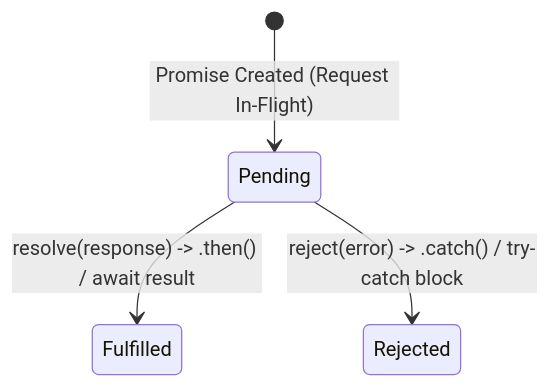
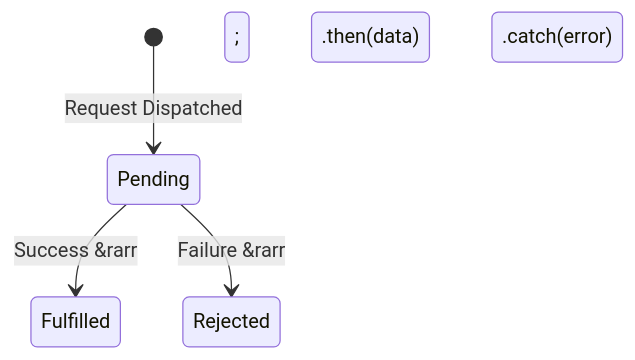
The third of 6 diagrams in full_stack_development_class_notes/Week 9_ Asynchronous JavaScript & Modern ES6+.md (ajibolagenius/LagosDataSchool), drawn with Mermaid before and after one commit. The commit also changed other lines of this file and 20 other files, not shown here.

````diff
--- a/full_stack_development_class_notes/Week 9_ Asynchronous JavaScript & Modern ES6+.md
+++ b/full_stack_development_class_notes/Week 9_ Asynchronous JavaScript & Modern ES6+.md
@@ -80,6 +111,6 @@
 ```mermaid
 stateDiagram-v2
-    [*] --> Pending: Promise Created (Request In-Flight)
-    Pending --> Fulfilled: resolve(response) -> .then() / await result
-    Pending --> Rejected: reject(error) -> .catch() / try-catch block
+    [*] --> Pending: Request Dispatched
+    Pending --> Fulfilled: Success &rarr; .then(data)
+    Pending --> Rejected: Failure &rarr; .catch(error)
 ```
````
